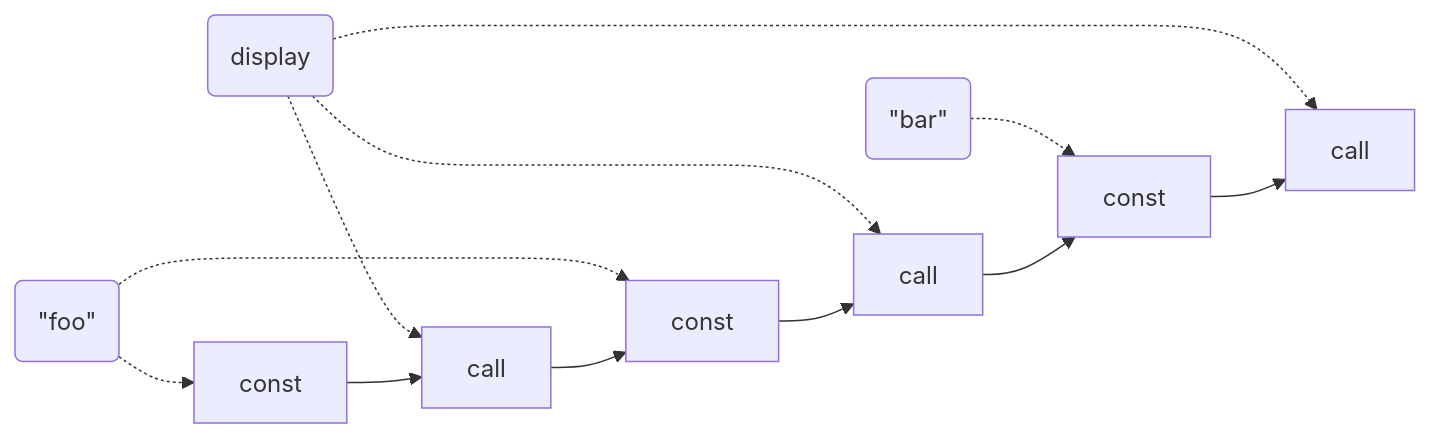
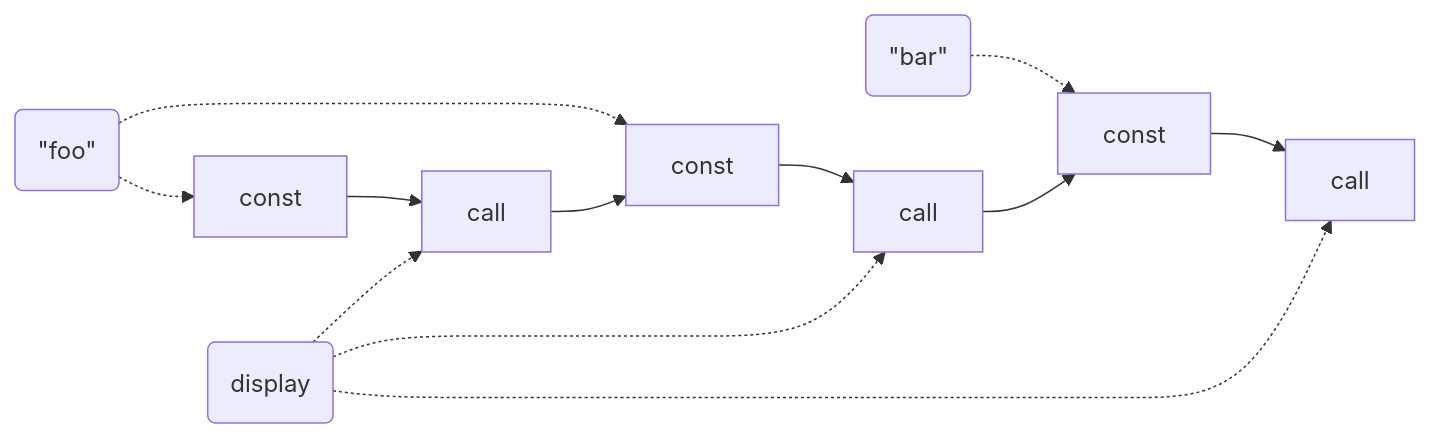
The diagram in slides/papers/stak-scheme/duplicate-strings.mmd (raviqqe/doc), drawn with Mermaid before and after one commit. The commit also changed other lines of this file, not shown here.

```diff
--- a/slides/papers/stak-scheme/duplicate-strings.mmd
+++ b/slides/papers/stak-scheme/duplicate-strings.mmd
@@ -1,10 +1,10 @@
 flowchart LR
   d0(#quot;foo#quot;) -.-> c0
   d0 -.-> c2
   d1(#quot;bar#quot;) -.-> c4
+  c0[const ] --> c1[call] --> c2
+  c2[const] --> c3[call] --> c4
+  c4[const] --> c5[call]
   d2(display) -.-> c1
   d2 -.-> c3
   d2 -.-> c5
-  c0[const ] --> c1[call] --> c2
-  c2[const] --> c3[call] --> c4
-  c4[const] --> c5[call]
```
